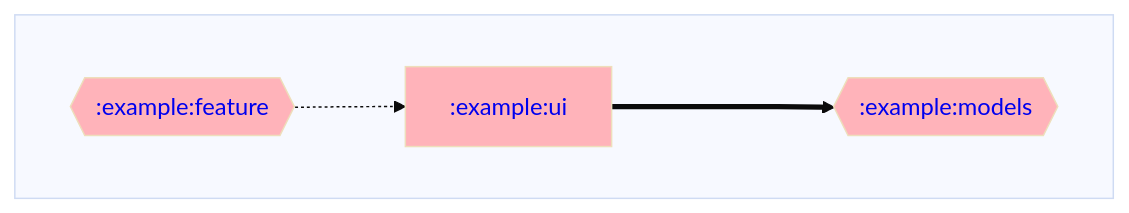
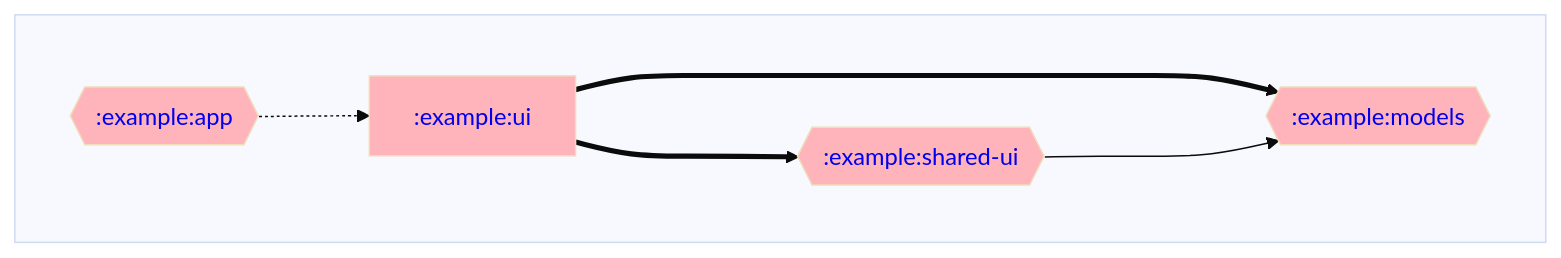
Before and after one commit to adityabhaskar/Gradle-dependency-graphs: the diagram in example/ui/dependencyGraph.md, drawn with Mermaid. The commit also changed 14 other files, not shown here.

Commit message:
Generate graphs for the new heirarchy

````diff
--- a/example/ui/dependencyGraph.md
+++ b/example/ui/dependencyGraph.md
@@ -1,24 +1,27 @@
 ```mermaid
 %%{ init: { 'theme': 'base' } }%%
 graph LR;
 
 %% Styling for module nodes by type
 classDef rootNode stroke-width:4px;
 classDef mppNode fill:#ffd2b3,color:#333333;
 classDef andNode fill:#baffc9,color:#333333;
 classDef javaNode fill:#ffb3ba,color:#333333;
 
 %% Modules
 subgraph  
   direction LR;
-  :example:feature{{<a href='https://github.com/adityabhaskar/Gradle-dependency-graphs/blob/main/example/feature/dependencyGraph.md' style='text-decoration:auto'>:example:feature</a>}}:::javaNode;
+  :example:app{{<a href='https://github.com/adityabhaskar/Gradle-dependency-graphs/blob/main/example/app/dependencyGraph.md' style='text-decoration:auto'>:example:app</a>}}:::javaNode;
   :example:models{{<a href='https://github.com/adityabhaskar/Gradle-dependency-graphs/blob/main/example/models/dependencyGraph.md' style='text-decoration:auto'>:example:models</a>}}:::javaNode;
+  :example:shared-ui{{<a href='https://github.com/adityabhaskar/Gradle-dependency-graphs/blob/main/example/shared-ui/dependencyGraph.md' style='text-decoration:auto'>:example:shared-ui</a>}}:::javaNode;
   :example:ui[<a href='https://github.com/adityabhaskar/Gradle-dependency-graphs/blob/main/example/ui/dependencyGraph.md' style='text-decoration:auto'>:example:ui</a>]:::javaNode;
 end
 
 %% Dependencies
 :example:ui===>:example:models
+:example:ui===>:example:shared-ui
+:example:shared-ui--->:example:models
 
 %% Dependents
-:example:feature-.->:example:ui
+:example:app-.->:example:ui
 ```
````
